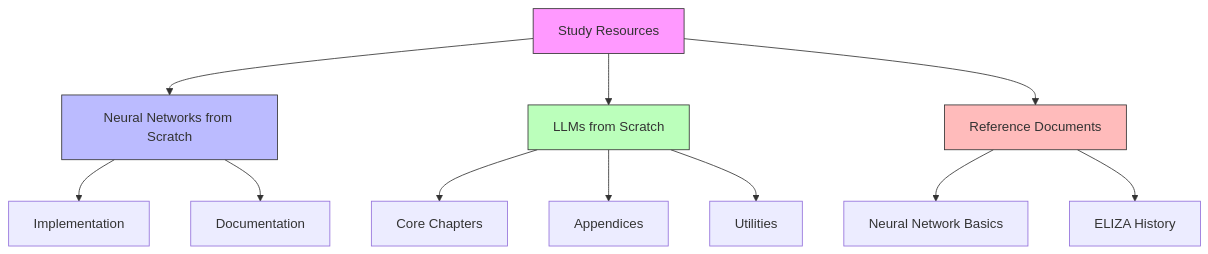
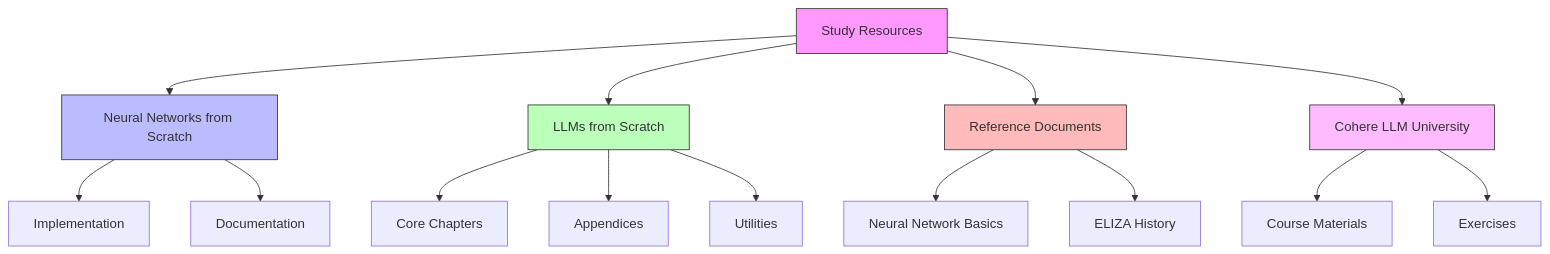
The first of 3 diagrams in STUDY-RESOURCES/README.md (Kuberwastaken/MiniLMs), drawn with Mermaid before and after one commit. The commit also changed other lines of this file and 47 other files, not shown here.

Commit message:
Added Cohere LLM in materials, Syneva devlog

````diff
--- a/STUDY-RESOURCES/README.md
+++ b/STUDY-RESOURCES/README.md
@@ -19,18 +21,22 @@
 ```mermaid
 graph TD
-    A[Study Resources] --> B[Neural Networks from Scratch]
-    A --> C[LLMs from Scratch]
-    A --> D[Reference Documents]
-    B --> B1[Implementation]
-    B --> B2[Documentation]
-    C --> C1[Core Chapters]
-    C --> C2[Appendices]
-    C --> C3[Utilities]
-    D --> D1[Neural Network Basics]
-    D --> D2[ELIZA History]
+   A[Study Resources] --> B[Neural Networks from Scratch]
+   A --> C[LLMs from Scratch]
+   A --> D[Reference Documents]
+   A --> E[Cohere LLM University]
+   B --> B1[Implementation]
+   B --> B2[Documentation]
+   C --> C1[Core Chapters]
+   C --> C2[Appendices]
+   C --> C3[Utilities]
+   D --> D1[Neural Network Basics]
+   D --> D2[ELIZA History]
+   E --> E1[Course Materials]
+   E --> E2[Exercises]
 
-    style A fill:#f9f,stroke:#333
-    style B fill:#bbf,stroke:#333
-    style C fill:#bfb,stroke:#333
-    style D fill:#fbb,stroke:#333
+   style A fill:#f9f,stroke:#333
+   style B fill:#bbf,stroke:#333
+   style C fill:#bfb,stroke:#333
+   style D fill:#fbb,stroke:#333
+   style E fill:#fbf,stroke:#333
 ```
````
